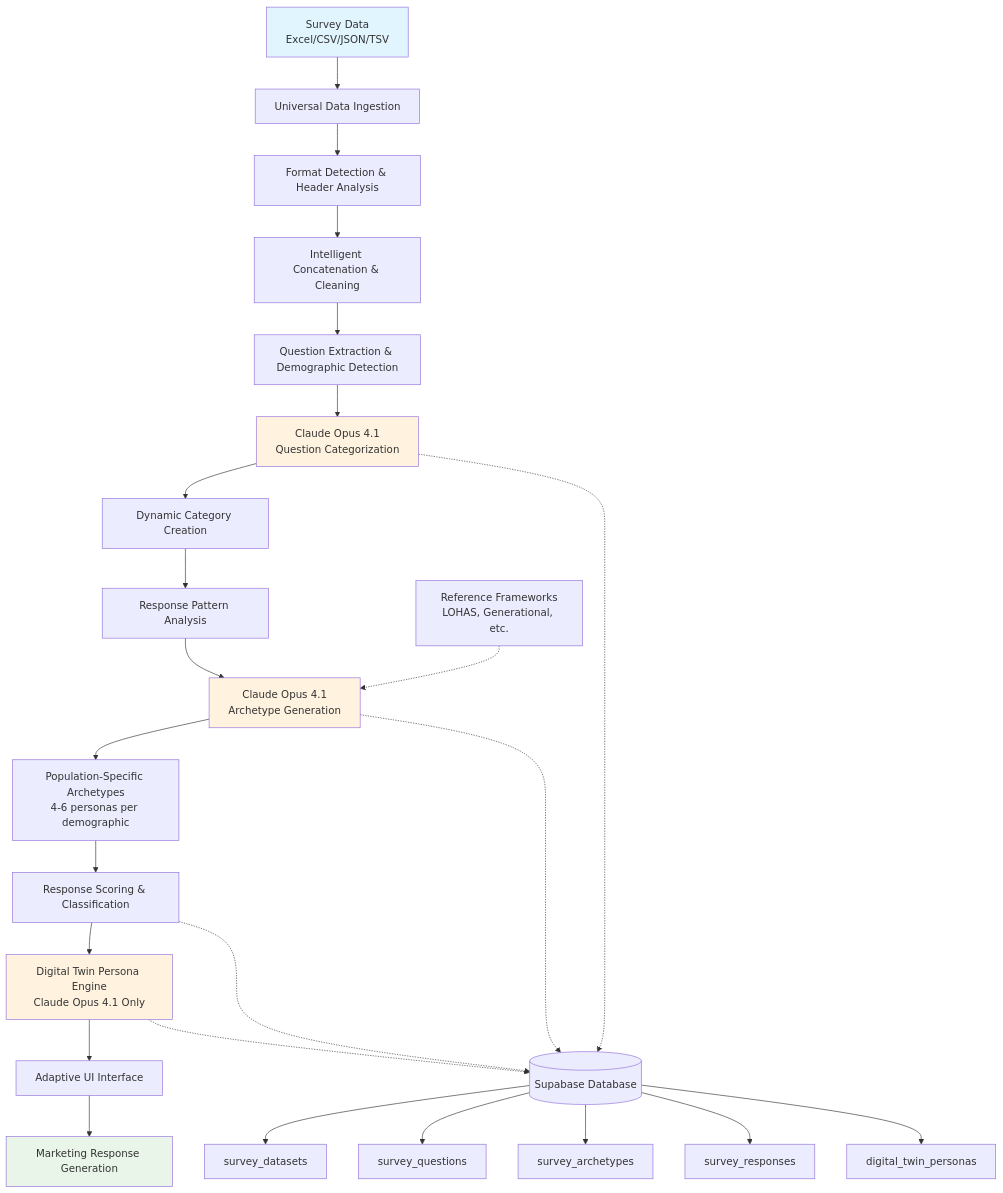
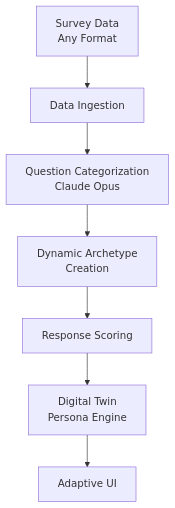
The diagram in guides/Universal-Survey-Digital-Twins-Pipeline-Plan.md (SkyeAssetManagement/digital-twins), drawn with Mermaid before and after one commit. The commit also changed other lines of this file and 7 other files, not shown here.

````diff
--- a/guides/Universal-Survey-Digital-Twins-Pipeline-Plan.md
+++ b/guides/Universal-Survey-Digital-Twins-Pipeline-Plan.md
@@ -6,35 +14,9 @@
 ```mermaid
 flowchart TD
-    A[Survey Data<br/>Excel/CSV/JSON/TSV] --> B[Universal Data Ingestion]
-    B --> C[Format Detection & Header Analysis]
-    C --> D[Intelligent Concatenation & Cleaning]
-    D --> E[Question Extraction & Demographic Detection]
-    E --> F[Claude Opus 4.1<br/>Question Categorization]
-    F --> G[Dynamic Category Creation]
-    G --> H[Response Pattern Analysis]
-    H --> I[Claude Opus 4.1<br/>Archetype Generation]
-    I --> J[Population-Specific Archetypes<br/>4-6 personas per demographic]
-    J --> K[Response Scoring & Classification]
-    K --> L[Digital Twin Persona Engine<br/>Claude Opus 4.1 Only]
-    L --> M[Adaptive UI Interface]
-    M --> N[Marketing Response Generation]
-    
-    O[(Supabase Database)] --> P[survey_datasets]
-    O --> Q[survey_questions]
-    O --> R[survey_archetypes]
-    O --> S[survey_responses]
-    O --> T[digital_twin_personas]
-    
-    F -.-> O
-    I -.-> O
-    K -.-> O
-    L -.-> O
-    
-    U[Reference Frameworks<br/>LOHAS, Generational, etc.] -.-> I
-    
-    style A fill:#e1f5fe
-    style F fill:#fff3e0
-    style I fill:#fff3e0
-    style L fill:#fff3e0
-    style N fill:#e8f5e8
+    A[Survey Data<br/>Any Format] --> B[Data Ingestion]
+    B --> C[Question Categorization<br/>Claude Opus]
+    C --> D[Dynamic Archetype<br/>Creation]
+    D --> E[Response Scoring]
+    E --> F[Digital Twin<br/>Persona Engine]
+    F --> G[Adaptive UI]
 ```
````
